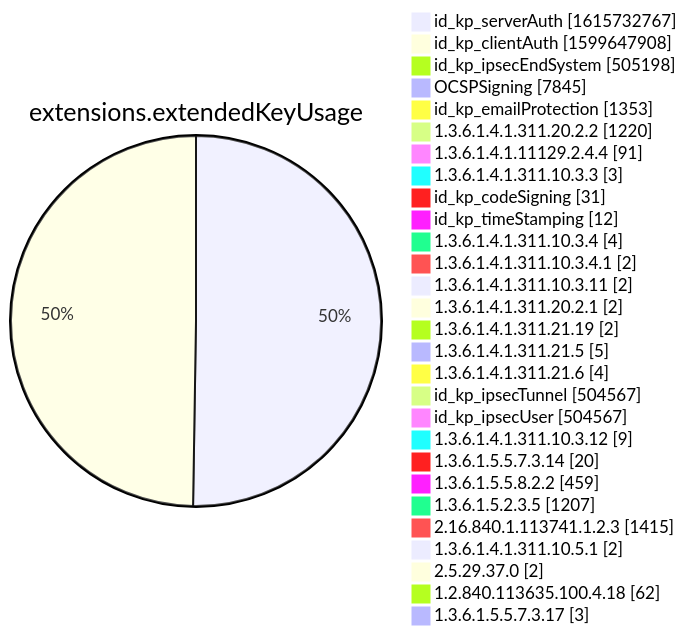
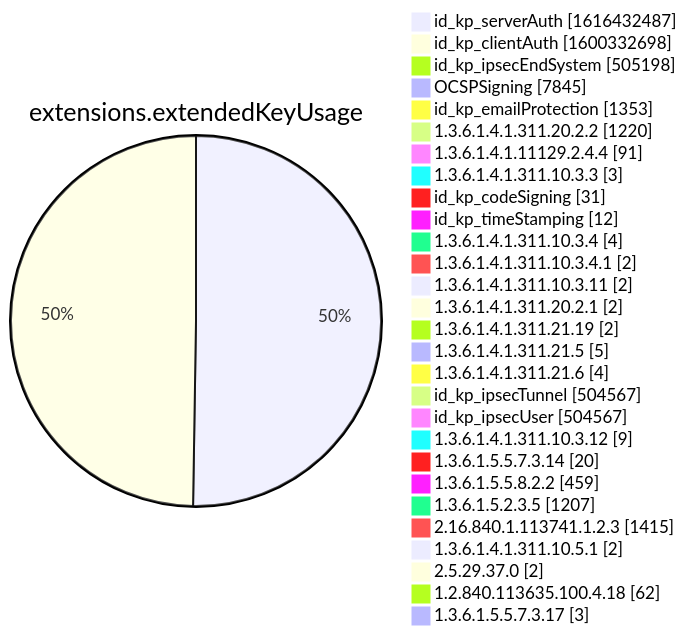
One commit to christiankrug/ctmonitor_visualization changed diagram 12 of 15 in xenon2022/README.md. Above: the diagram before and after it, drawn with Mermaid. The commit also changed other lines of this file, not shown here.

````diff
--- a/xenon2022/README.md
+++ b/xenon2022/README.md
@@ -3885,32 +3885,32 @@
 ```mermaid
 pie showData
 title extensions.extendedKeyUsage
-"id_kp_serverAuth" :1615732767
-"id_kp_clientAuth" :1599647908
+"id_kp_serverAuth" :1616432487
+"id_kp_clientAuth" :1600332698
 "id_kp_ipsecEndSystem" :505198
 "OCSPSigning" :7845
 "id_kp_emailProtection" :1353
 "1.3.6.1.4.1.311.20.2.2" :1220
 "1.3.6.1.4.1.11129.2.4.4" :91
 "1.3.6.1.4.1.311.10.3.3" :3
 "id_kp_codeSigning" :31
 "id_kp_timeStamping" :12
 "1.3.6.1.4.1.311.10.3.4" :4
 "1.3.6.1.4.1.311.10.3.4.1" :2
 "1.3.6.1.4.1.311.10.3.11" :2
 "1.3.6.1.4.1.311.20.2.1" :2
 "1.3.6.1.4.1.311.21.19" :2
 "1.3.6.1.4.1.311.21.5" :5
 "1.3.6.1.4.1.311.21.6" :4
 "id_kp_ipsecTunnel" :504567
 "id_kp_ipsecUser" :504567
 "1.3.6.1.4.1.311.10.3.12" :9
 "1.3.6.1.5.5.7.3.14" :20
 "1.3.6.1.5.5.8.2.2" :459
 "1.3.6.1.5.2.3.5" :1207
 "2.16.840.1.113741.1.2.3" :1415
 "1.3.6.1.4.1.311.10.5.1" :2
 "2.5.29.37.0" :2
 "1.2.840.113635.100.4.18" :62
 "1.3.6.1.5.5.7.3.17" :3
 ```
````
